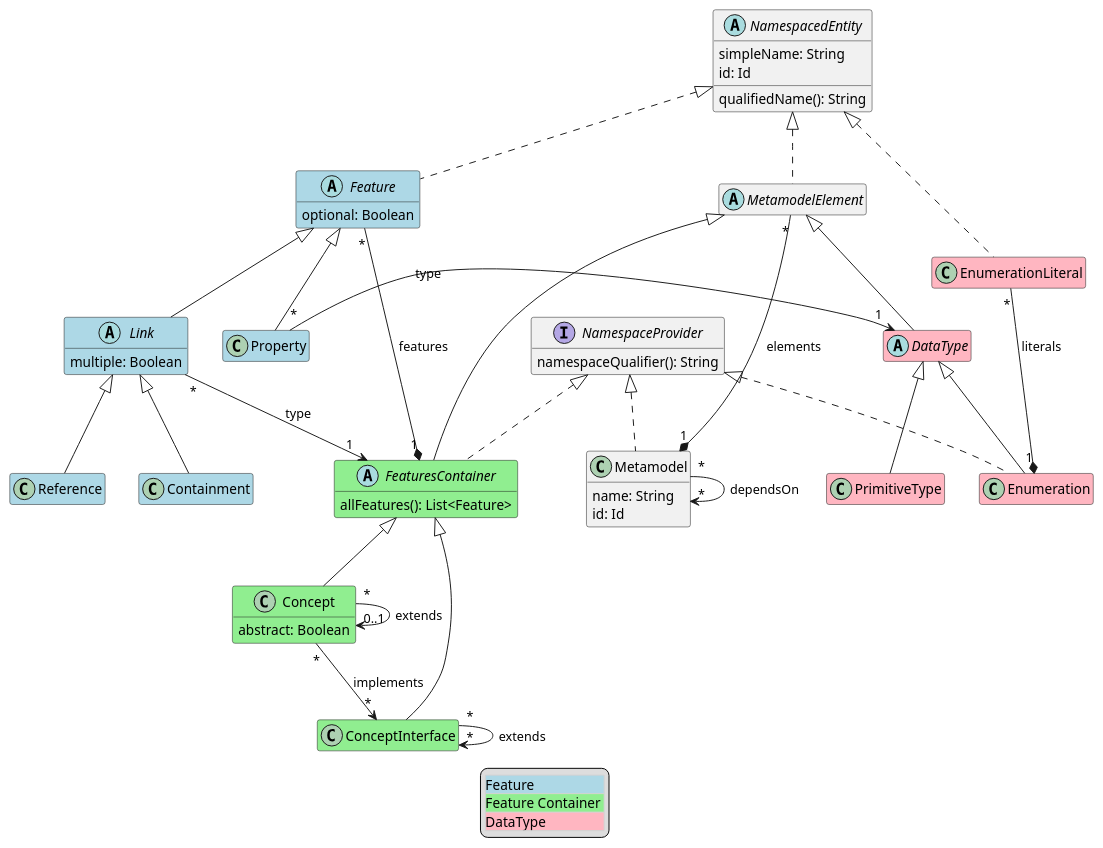
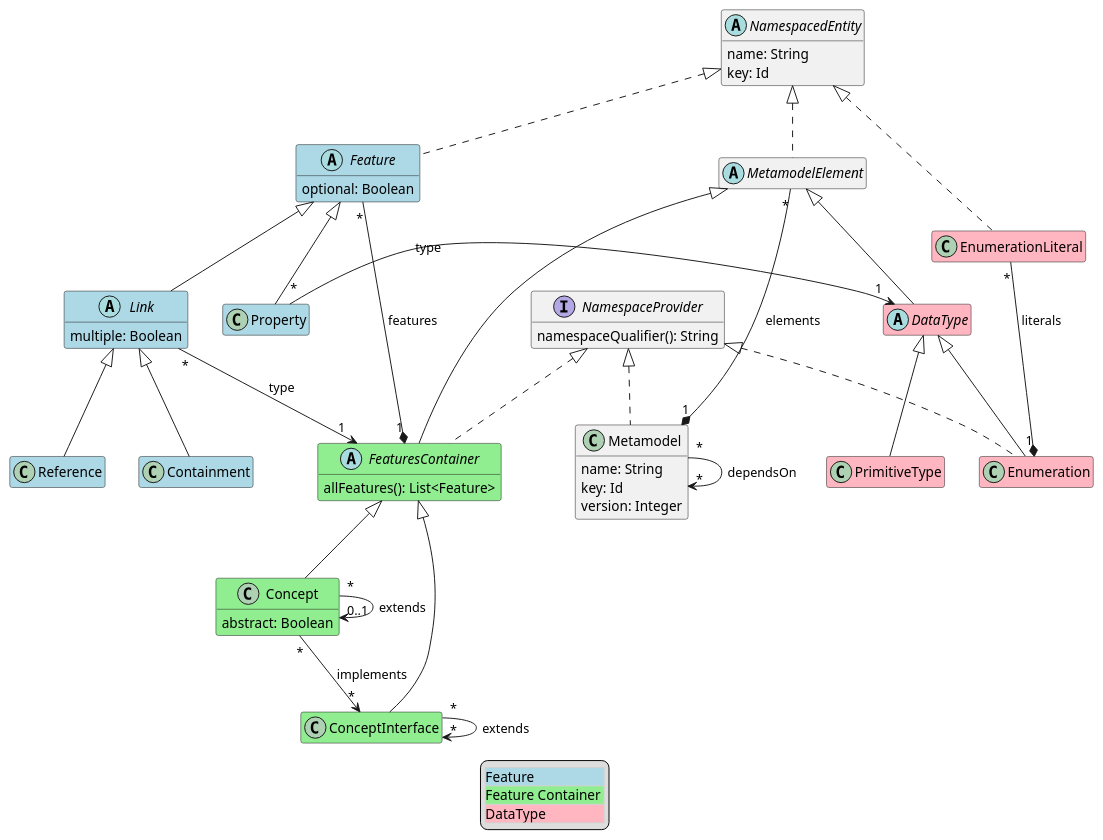
The diagram in lioncore/metametamodel.puml (LionWeb-io/specification), drawn with PlantUML before and after one commit. The commit also changed 4 other files, not shown here.

```diff
--- a/lioncore/metametamodel.puml
+++ b/lioncore/metametamodel.puml
@@ -1,76 +1,76 @@
 @startuml
 hide empty members
 
 class Concept #LightGreen extends FeaturesContainer {
   abstract: Boolean
 }
 
 class ConceptInterface #LightGreen extends FeaturesContainer
 
 class Containment #LightBlue extends Link
 
 abstract class DataType #LightPink extends MetamodelElement
 
 class Enumeration #LightPink extends DataType implements NamespaceProvider
 
 class EnumerationLiteral #LightPink implements NamespacedEntity
 
 abstract class Feature #LightBlue implements NamespacedEntity {
   optional: Boolean
 }
 
 abstract class FeaturesContainer #LightGreen extends MetamodelElement implements NamespaceProvider {
   allFeatures(): List<Feature>
 }
 
 abstract class Link #LightBlue extends Feature {
   multiple: Boolean
 }
 
 class Metamodel implements NamespaceProvider {
   name: String
-  id: Id
+  key: Id
+  version: Integer
 }
 
 abstract class MetamodelElement implements NamespacedEntity
 
 abstract class NamespacedEntity {
-  simpleName: String
-  qualifiedName(): String
-  id: Id
+  name: String
+  key: Id
 }
 
 interface NamespaceProvider {
   namespaceQualifier(): String
 }
 
 class PrimitiveType #LightPink extends DataType
 
 class Property #LightBlue extends Feature
 
 class Reference #LightBlue extends Link
 
 ' relations:
 
 Concept "*" -> "0..1" Concept: extends
 Concept "*" --> "*" ConceptInterface: implements
 
 ConceptInterface "*" --> "*" ConceptInterface: extends
 
 EnumerationLiteral "*" -* "1" Enumeration : literals
 
 Feature "*" -* "1" FeaturesContainer: features
 
 Link "*" --> "1" FeaturesContainer: type
 
 Metamodel "*" --> "*" Metamodel: dependsOn
 MetamodelElement "*" -* "1" Metamodel: elements
 
 Property "*" -> "1" DataType: type
 
 legend
   <#LightGray,#LightGray>| <#LightBlue>Feature |
   | <#LightGreen>Feature Container |
   | <#LightPink>DataType |
 end legend
 @enduml
```
